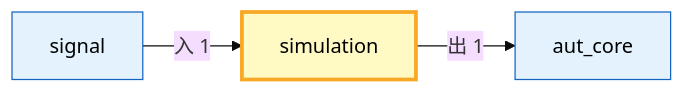
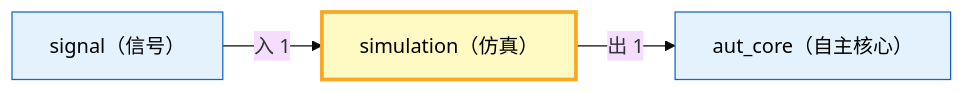
Before and after one commit to xuanFelixVan/ZephyrAlpha: the second of 2 diagrams in docs/02_enterprise_architecture/06_decision_architecture/12_decision_l2a_simulation.md, drawn with Mermaid (base theme). The commit also changed other lines of this file and 22 other files, not shown here.

First line of the commit message:
docs(decision_arch): 双语标题+跨域图+索引表头跳转链接

````diff
--- a/docs/02_enterprise_architecture/06_decision_architecture/12_decision_l2a_simulation.md
+++ b/docs/02_enterprise_architecture/06_decision_architecture/12_decision_l2a_simulation.md
@@ -145,11 +145,11 @@
 ```mermaid
 flowchart LR
-    SELF["simulation"]:::selfDomain
-    EXT_aut_core["aut_core"]:::extDomain
+    SELF["simulation（仿真）"]:::selfDomain
+    EXT_aut_core["aut_core（自主核心）"]:::extDomain
     SELF -->|出 1| EXT_aut_core
-    EXT_signal["signal"]:::extDomain
+    EXT_signal["signal（信号）"]:::extDomain
     EXT_signal -->|入 1| SELF
 
     classDef selfDomain fill:#fff9c4,stroke:#f9a825,stroke-width:3px,color:#000
     classDef extDomain fill:#e3f2fd,stroke:#1565c0,stroke-width:1px,color:#000
 ```
````
